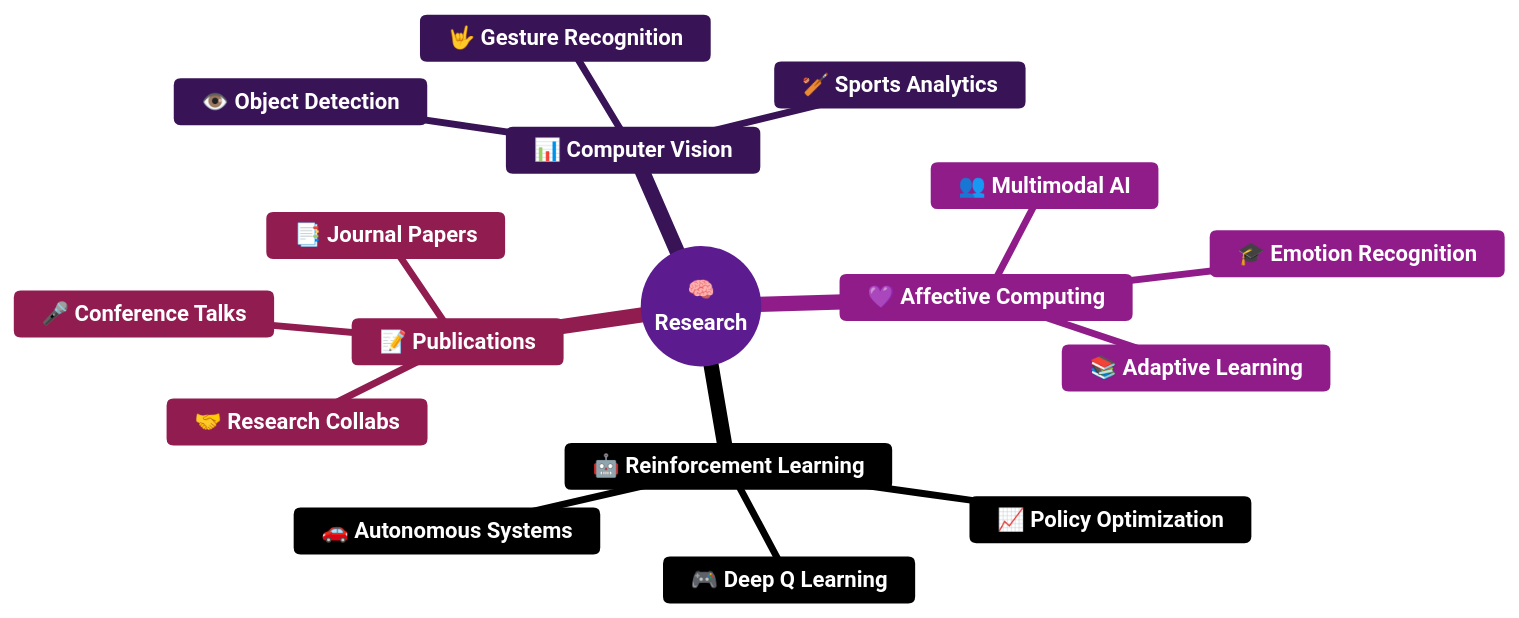
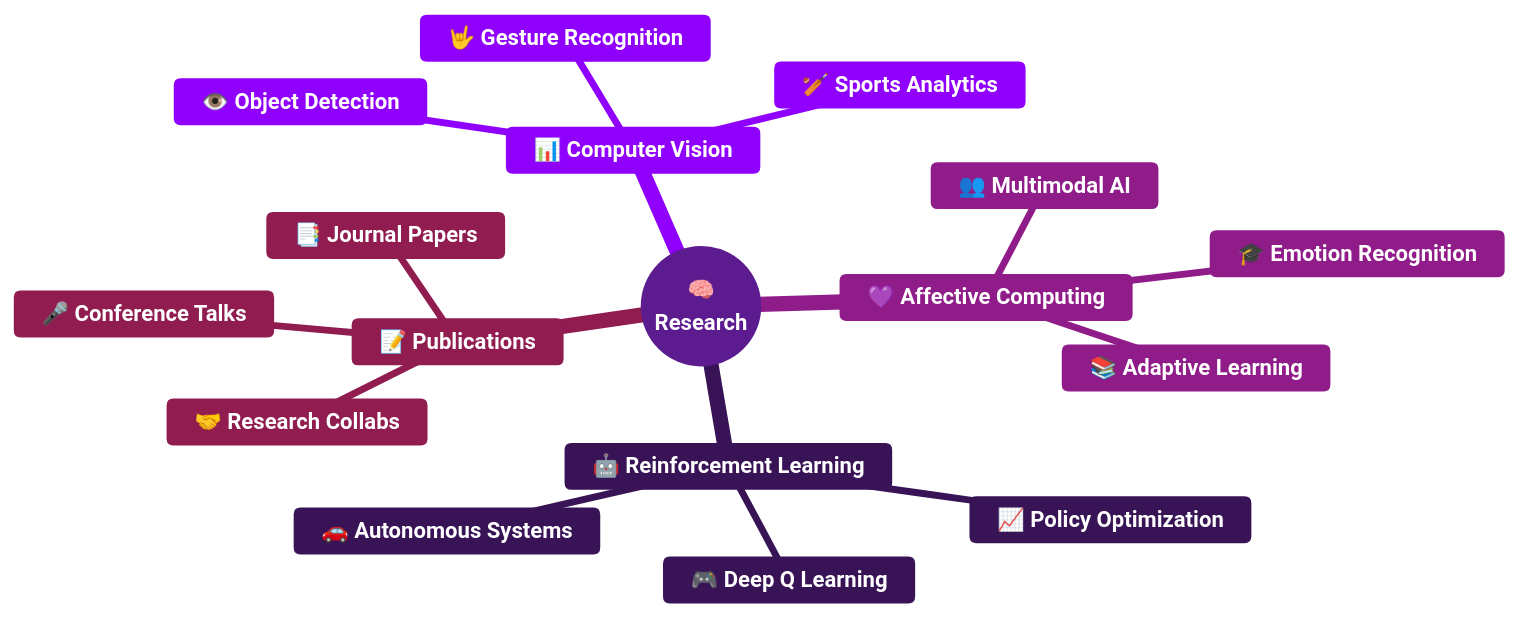
One commit to Lithigaj/Lithigaj changed the diagram in README.md. Above: the diagram before and after it, drawn with Mermaid.

````diff
--- a/README.md
+++ b/README.md
@@ -155,29 +155,40 @@
 ```mermaid
 %%{init: {'theme': 'base', 'themeVariables': {
   'background': '#0D1117',
+
   'primaryColor': '#9D4EDD',
-  'primaryTextColor': '#ffffff',
-  'primaryBorderColor': '#9D4EDD',
-  'lineColor': '#9D4EDD',
-  'secondaryColor': '#7B2CBF',
-  'tertiaryColor': '#3C096C'
+  'secondaryColor': '#C77DFF',
+  'tertiaryColor': '#7B2CBF',
+
+  'primaryBorderColor': '#E0AAFF',
+  'lineColor': '#C77DFF',
+
+  'textColor': '#FFFFFF',
+  'primaryTextColor': '#FFFFFF',
+  'secondaryTextColor': '#FFFFFF',
+  'tertiaryTextColor': '#FFFFFF',
+
+  'mindmapNodeBkg': '#9D4EDD',
+  'mindmapNodeBorder': '#E0AAFF',
+  'mindmapTextColor': '#FFFFFF'
 }}}%%
+
 mindmap
   root((<b>🧠<br>Research</b>))
     <b>📊 Computer Vision</b>
       <b>🏏 Sports Analytics</b>
       <b>🤟 Gesture Recognition</b>
       <b>👁️ Object Detection</b>
     <b>🤖 Reinforcement Learning</b>
       <b>🚗 Autonomous Systems</b>
       <b>🎮 Deep Q Learning</b>
       <b>📈 Policy Optimization</b>
     <b>💜 Affective Computing</b>
       <b>🎓 Emotion Recognition</b>
       <b>📚 Adaptive Learning</b>
       <b>👥 Multimodal AI</b>
     <b>📝 Publications</b>
       <b>📑 Journal Papers</b>
       <b>🎤 Conference Talks</b>
       <b>🤝 Research Collabs</b>
 ```
````
